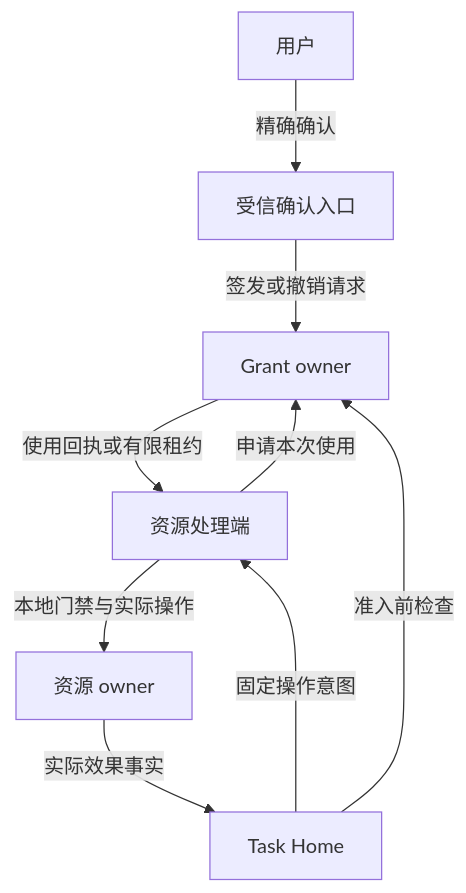
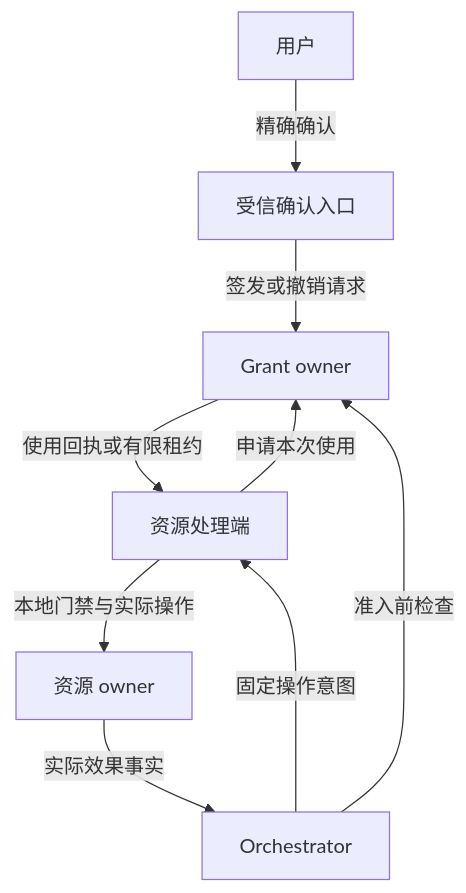
The first of 3 diagrams in docs/architecture/security/README.md (ruipengliu/lerna), drawn with Mermaid before and after one commit. The commit also changed other lines of this file and 174 other files, not shown here.

Commit message:
docs: rename task runtime to orchestrator

````diff
--- a/docs/architecture/security/README.md
+++ b/docs/architecture/security/README.md
@@ -17,11 +17,11 @@
 ```mermaid
 flowchart TB
     U[用户] -->|精确确认| UI[受信确认入口]
     UI -->|签发或撤销请求| A[Grant owner]
-    K[Task Home] -->|准入前检查| A
+    K[Orchestrator] -->|准入前检查| A
     K -->|固定操作意图| E[资源处理端]
     E -->|申请本次使用| A
     E -->|本地门禁与实际操作| R[资源 owner]
     A -->|使用回执或有限租约| E
     R -->|实际效果事实| K
 ```
````
